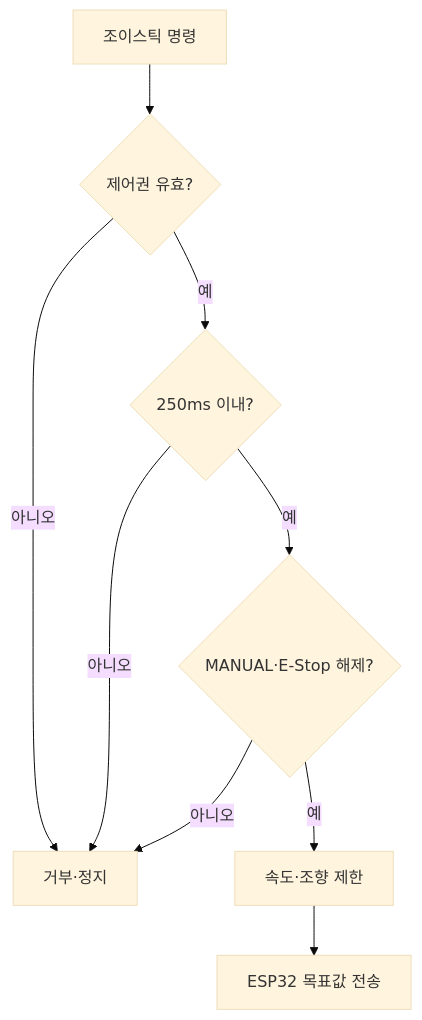
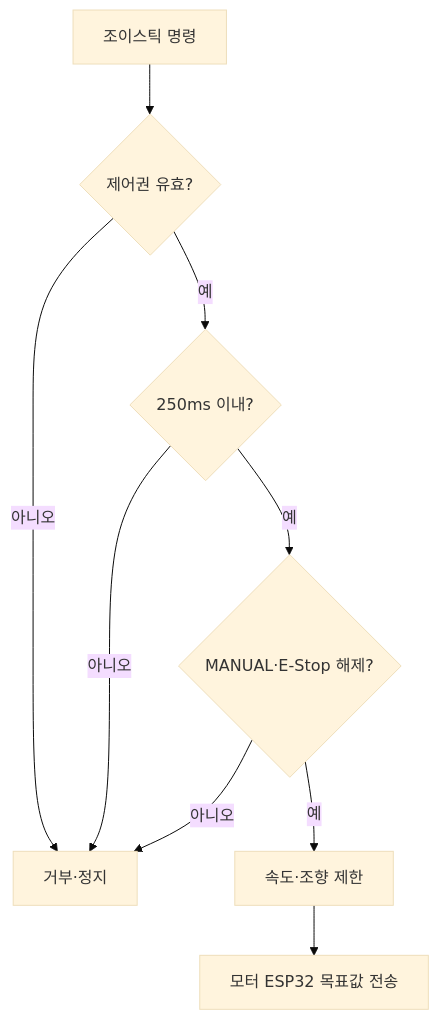
One commit to Common-AIOT/Sentinel-UGV changed the third of 5 diagrams in docs/05-통신-서버-영상.md. Above: the diagram before and after it, drawn with Mermaid (base theme). The commit also changed other lines of this file and 7 other files, not shown here.

````diff
--- a/docs/05-통신-서버-영상.md
+++ b/docs/05-통신-서버-영상.md
@@ -790,11 +790,11 @@
 ```mermaid
 flowchart TD
     cmd["조이스틱 명령"] --> session{"제어권 유효?"}
     session -->|아니오| reject["거부·정지"]
     session -->|예| fresh{"250ms 이내?"}
     fresh -->|아니오| reject
     fresh -->|예| safe{"MANUAL·E-Stop 해제?"}
     safe -->|아니오| reject
     safe -->|예| limit["속도·조향 제한"]
-    limit --> stm["ESP32 목표값 전송"]
+    limit --> stm["모터 ESP32 목표값 전송"]
 ```
````
